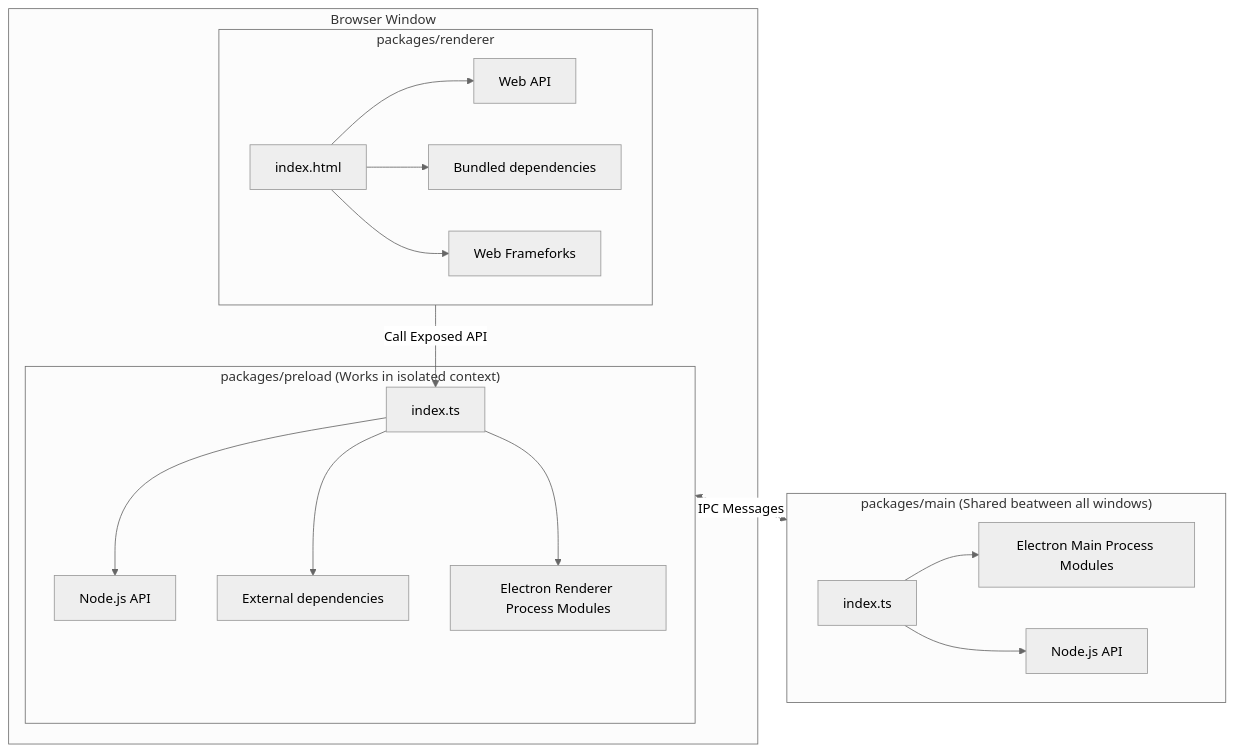
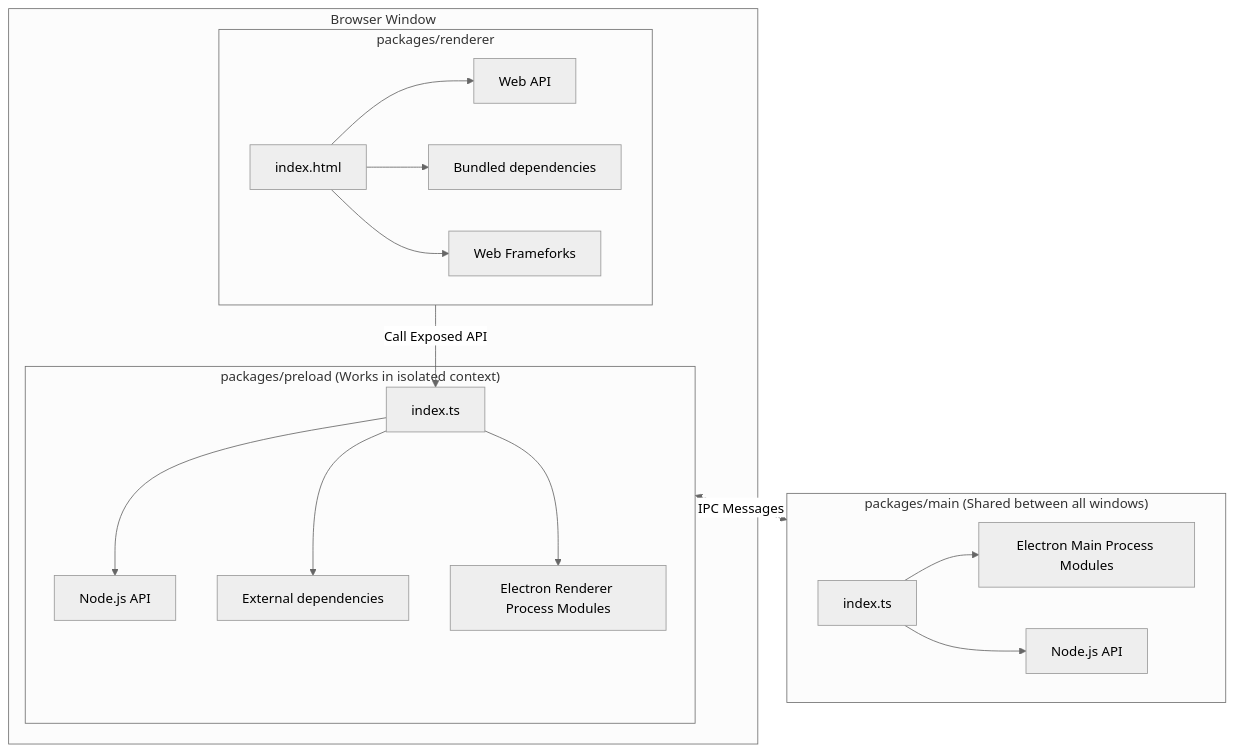
Before and after one commit to duckhai2323/mpboot-gui: the first of 2 diagrams in README.md, drawn with Mermaid (neutral theme). The commit also changed other lines of this file and 17 other files, not shown here.

````diff
--- a/README.md
+++ b/README.md
@@ -113,27 +113,27 @@
 ```mermaid
 flowchart TB;
 
 packages/preload <-. IPC Messages .-> packages/main
 
-    subgraph packages/main["packages/main (Shared beatween all windows)"]
+    subgraph packages/main["packages/main (Shared between all windows)"]
     M[index.ts] --> EM[Electron Main Process Modules]
     M --> N2[Node.js API]
     end
 
 subgraph Window["Browser Window"]
     subgraph packages/preload["packages/preload (Works in isolated context)"]
     P[index.ts] --> N[Node.js API]
     P --> ED[External dependencies]
     P --> ER[Electron Renderer Process Modules]
     end
 
 
     subgraph packages/renderer
     R[index.html] --> W[Web API]
     R --> BD[Bundled dependencies]
     R --> F[Web Frameforks]
     end
     end
 
 packages/renderer -- Call Exposed API --> P
 ```
````
